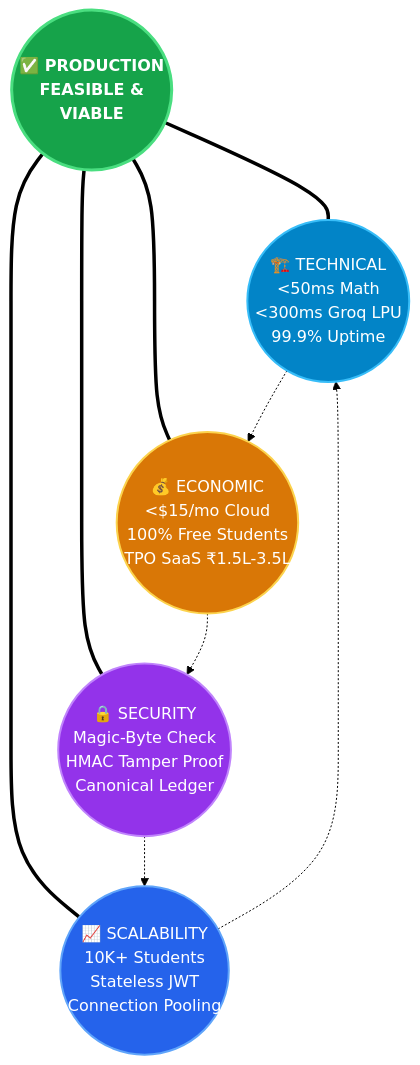
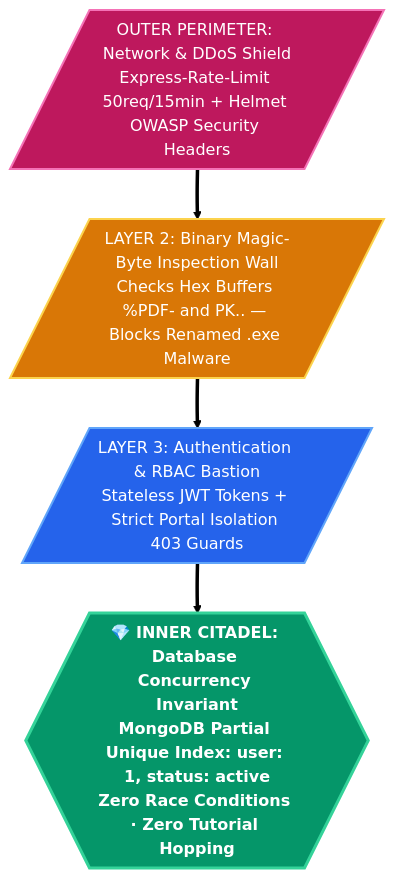
Before and after one commit to parthpatil1234p-svg/careerpath-ai: the third of 5 diagrams in docs/PPT-CONTENT.md, drawn with Mermaid (forest theme). The commit also changed other lines of this file and 13 other files, not shown here.

````diff
--- a/docs/PPT-CONTENT.md
+++ b/docs/PPT-CONTENT.md
@@ -316,20 +229,14 @@
 ```mermaid
 flowchart TD
-    classDef center fill:#16A34A,stroke:#4ADE80,stroke-width:3px,color:#FFFFFF,font-weight:bold;
-    classDef tech fill:#0284C7,stroke:#38BDF8,stroke-width:2px,color:#FFFFFF;
-    classDef econ fill:#D97706,stroke:#FCD34D,stroke-width:2px,color:#FFFFFF;
-    classDef sec fill:#9333EA,stroke:#C084FC,stroke-width:2px,color:#FFFFFF;
-    classDef scale fill:#2563EB,stroke:#60A5FA,stroke-width:2px,color:#FFFFFF;
+    classDef ring1 fill:#BE185D,stroke:#F472B6,stroke-width:2px,color:#FFFFFF;
+    classDef ring2 fill:#D97706,stroke:#FCD34D,stroke-width:2px,color:#FFFFFF;
+    classDef ring3 fill:#2563EB,stroke:#60A5FA,stroke-width:2px,color:#FFFFFF;
+    classDef core fill:#059669,stroke:#34D399,stroke-width:3px,color:#FFFFFF,font-weight:bold;
 
-    CENTER((✅ PRODUCTION<br/>FEASIBLE &amp;<br/>VIABLE)):::center
-    P1((🏗️ TECHNICAL<br/>&lt;50ms Math<br/>&lt;300ms Groq LPU<br/>99.9% Uptime)):::tech
-    P2((💰 ECONOMIC<br/>&lt;$15/mo Cloud<br/>100% Free Students<br/>TPO SaaS ₹1.5L-3.5L)):::econ
-    P3((🔒 SECURITY<br/>Magic-Byte Check<br/>HMAC Tamper Proof<br/>Canonical Ledger)):::sec
-    P4((📈 SCALABILITY<br/>10K+ Students<br/>Stateless JWT<br/>Connection Pooling)):::scale
+    WALL1[/OUTER PERIMETER: Network &amp; DDoS Shield<br/>Express-Rate-Limit 50req/15min + Helmet OWASP Security Headers/]:::ring1
+    WALL2[/LAYER 2: Binary Magic-Byte Inspection Wall<br/>Checks Hex Buffers %PDF- and PK.. — Blocks Renamed .exe Malware/]:::ring2
+    WALL3[/LAYER 3: Authentication &amp; RBAC Bastion<br/>Stateless JWT Tokens + Strict Portal Isolation 403 Guards/]:::ring3
+    CORE{{💎 INNER CITADEL: Database Concurrency Invariant<br/>MongoDB Partial Unique Index: user: 1, status: active<br/>Zero Race Conditions · Zero Tutorial Hopping}}:::core
 
-    CENTER === P1
-    CENTER === P2
-    CENTER === P3
-    CENTER === P4
-    P1 -.-> P2 -.-> P3 -.-> P4 -.-> P1
+    WALL1 ==> WALL2 ==> WALL3 ==> CORE
 ```
````
